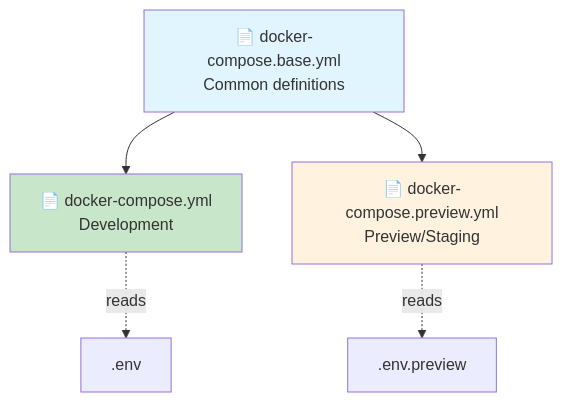
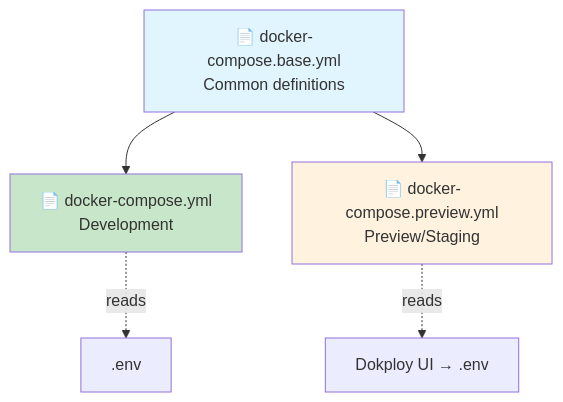
The fourth of 5 diagrams in docs/DEPLOYMENT_INFRASTRUCTURE.md (HAN-AIM-CMD-WG/Projojo), drawn with Mermaid before and after one commit. The commit also changed other lines of this file and 11 other files, not shown here.

````diff
--- a/docs/DEPLOYMENT_INFRASTRUCTURE.md
+++ b/docs/DEPLOYMENT_INFRASTRUCTURE.md
@@ -341,16 +342,16 @@
 ```mermaid
 graph TB
     Base["📄 docker-compose.base.yml<br/>Common definitions"]
     Dev["📄 docker-compose.yml<br/>Development"]
     Preview["📄 docker-compose.preview.yml<br/>Preview/Staging"]
     
     Base --> Dev
     Base --> Preview
     
     Dev -.->|"reads"| EnvDev[".env"]
-    Preview -.->|"reads"| EnvPrev[".env.preview"]
+    Preview -.->|"reads"| DokployEnv["Dokploy UI → .env"]
     
     style Base fill:#e1f5fe
     style Dev fill:#c8e6c9
     style Preview fill:#fff3e0
 ```
````
